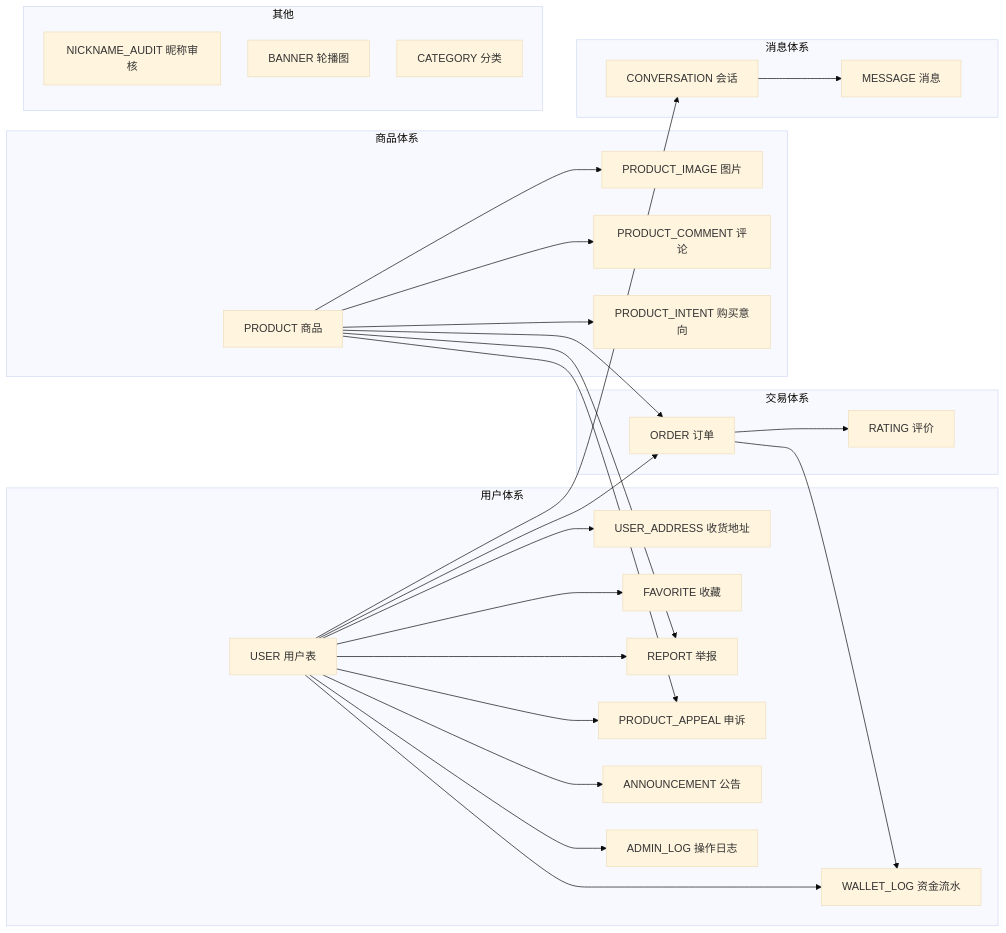
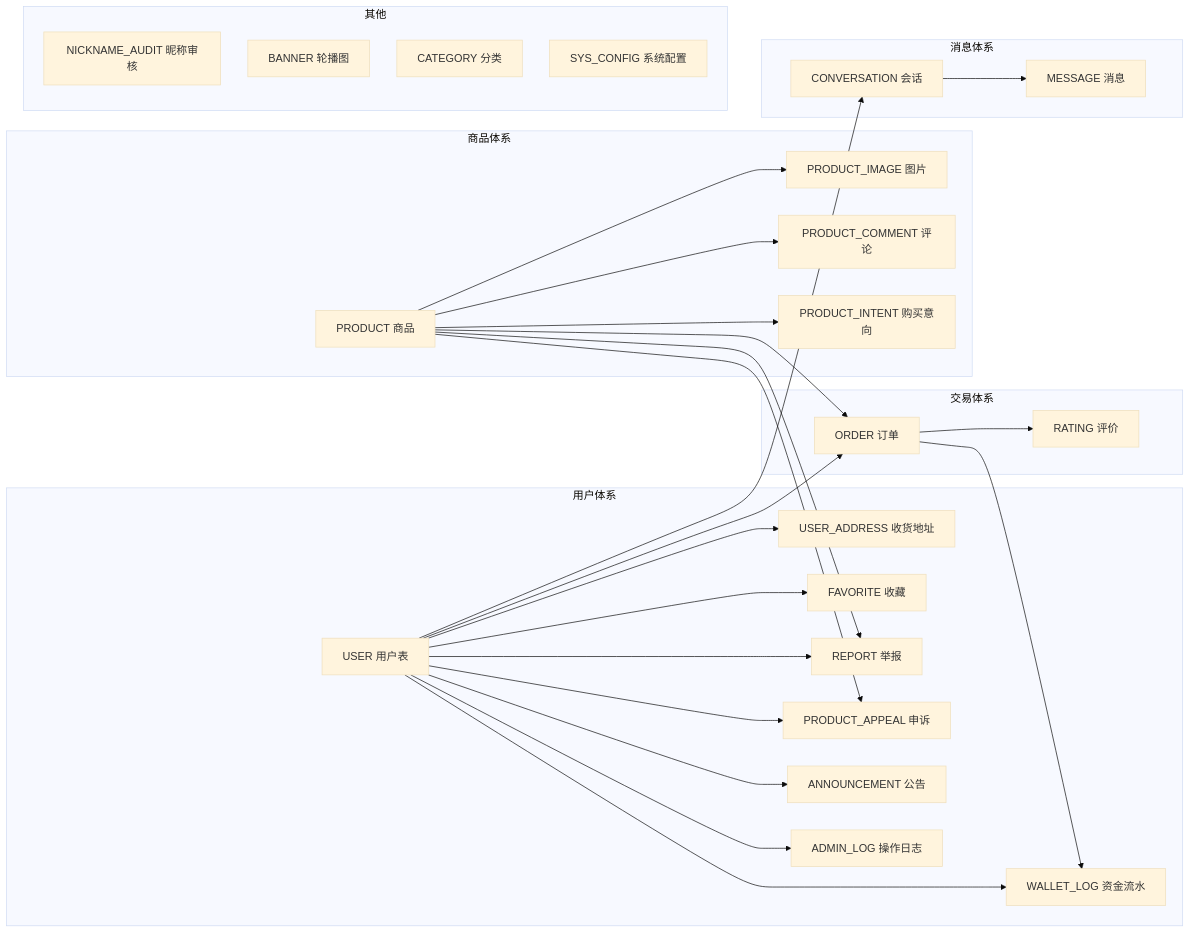
One commit to CUTEcivetcat/c2c changed the diagram in README.md. Above: the diagram before and after it, drawn with Mermaid (base theme). The commit also changed other lines of this file and 23 other files, not shown here.

First line of the commit message:
feat: 系统设置面板(sys_config 运行时可调开关) + 评价订单校验 + 全量文档

````diff
--- a/README.md
+++ b/README.md
@@ -184,35 +179,36 @@
 ```mermaid
 %%{init: {'flowchart': {'nodeSpacing': 40, 'rankSpacing': 50}}}%%
 flowchart LR
   subgraph 用户体系
     U[USER 用户表]-->UA[USER_ADDRESS 收货地址]
     U-->F[FAVORITE 收藏]
     U-->W[WALLET_LOG 资金流水]
     U-->R[REPORT 举报]
     U-->PA[PRODUCT_APPEAL 申诉]
     U-->A[ANNOUNCEMENT 公告]
     U-->AL[ADMIN_LOG 操作日志]
   end
   subgraph 商品体系
     P[PRODUCT 商品]-->PI[PRODUCT_IMAGE 图片]
     P-->PC[PRODUCT_COMMENT 评论]
     P-->PT[PRODUCT_INTENT 购买意向]
     P-->PA
     P-->R
   end
   subgraph 交易体系
     O[ORDER 订单]-->RT[RATING 评价]
     O-->W
     P-->O
     U-->O
   end
   subgraph 消息体系
     C[CONVERSATION 会话]-->M[MESSAGE 消息]
     U-->C
   end
   subgraph 其他
     N[NICKNAME_AUDIT 昵称审核]
     B[BANNER 轮播图]
     CAT[CATEGORY 分类]
+    CFG[SYS_CONFIG 系统配置]
   end
 ```
````
